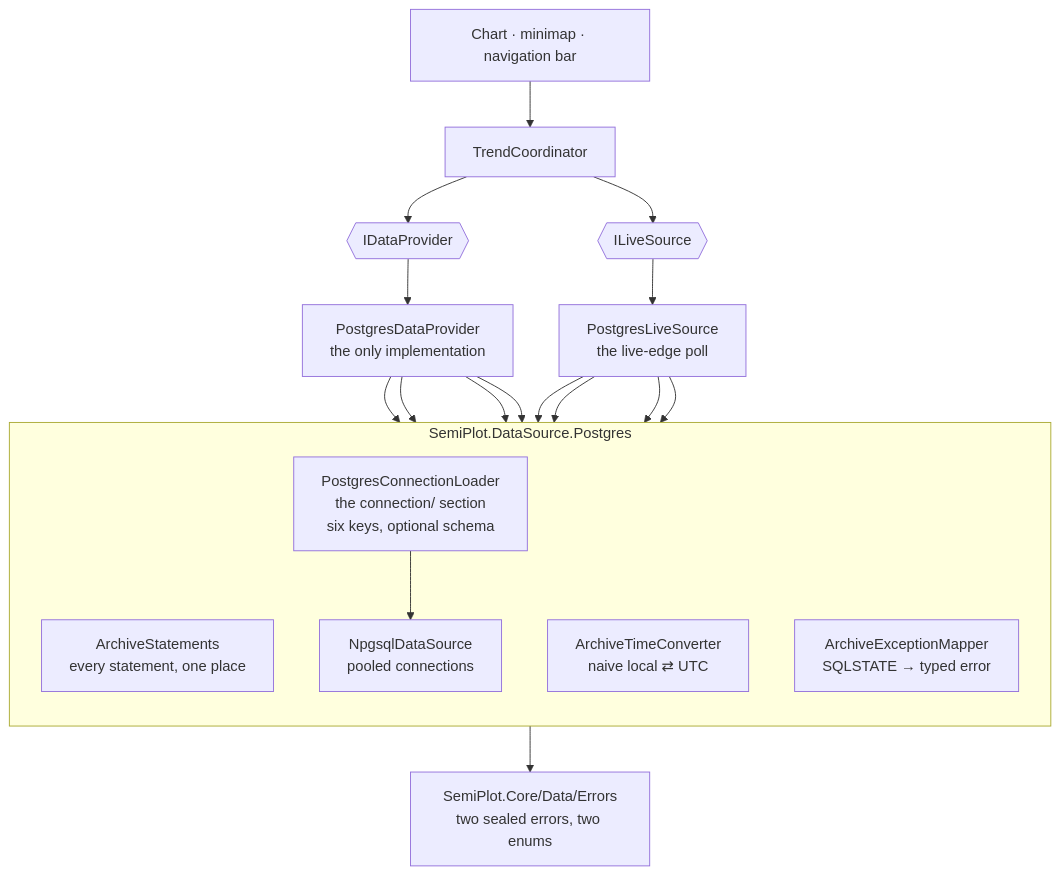
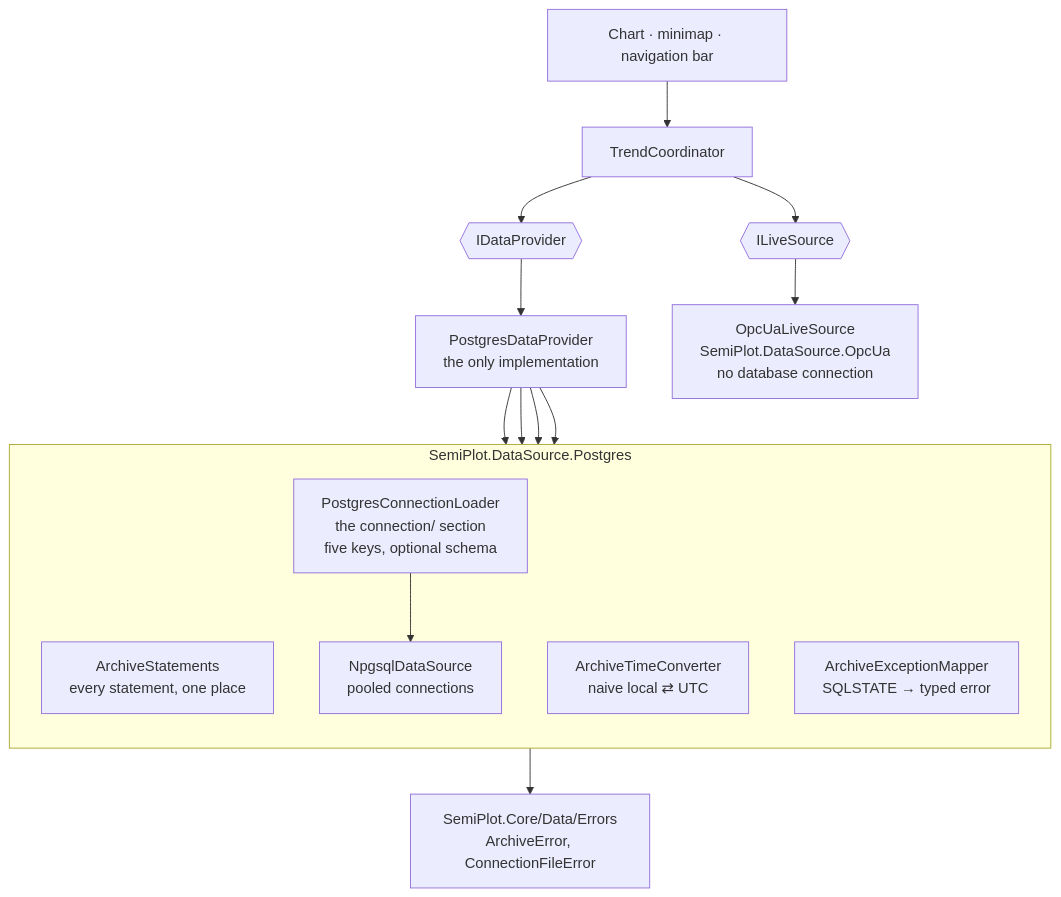
Before and after one commit to Semiteq/SemiPlot: the third of 5 diagrams in docs/architecture/postgres-topology.md, drawn with Mermaid. The commit also changed other lines of this file and 151 other files, not shown here.

First line of the commit message:
feat(opc): read the live edge from the SCADA's OPC UA (#145)

````diff
--- a/docs/architecture/postgres-topology.md
+++ b/docs/architecture/postgres-topology.md
@@ -102,35 +102,31 @@
 ```mermaid
 flowchart TB
     ui["Chart · minimap · navigation bar"]
     coord["TrendCoordinator"]
     iface{{"IDataProvider"}}
     pg["PostgresDataProvider<br/>the only implementation"]
     live{{"ILiveSource"}}
-    poll["PostgresLiveSource<br/>the live-edge poll"]
+    opc["OpcUaLiveSource<br/>SemiPlot.DataSource.OpcUa<br/>no database connection"]
 
     subgraph plumbing["SemiPlot.DataSource.Postgres"]
         direction TB
         stmts["ArchiveStatements<br/>every statement, one place"]
         ds["NpgsqlDataSource<br/>pooled connections"]
         conv["ArchiveTimeConverter<br/>naive local ⇄ UTC"]
         mapper["ArchiveExceptionMapper<br/>SQLSTATE → typed error"]
-        loader["PostgresConnectionLoader<br/>the connection/ section<br/>six keys, optional schema"]
+        loader["PostgresConnectionLoader<br/>the connection/ section<br/>five keys, optional schema"]
     end
 
-    errs["SemiPlot.Core/Data/Errors<br/>two sealed errors, two enums"]
+    errs["SemiPlot.Core/Data/Errors<br/>ArchiveError, ConnectionFileError"]
 
     ui --> coord --> iface
     coord --> live
     iface --> pg
-    live --> poll
+    live --> opc
     pg --> stmts
     pg --> ds
     pg --> conv
     pg --> mapper
-    poll --> stmts
-    poll --> ds
-    poll --> conv
-    poll --> mapper
     loader --> ds
     mapper --> errs
 ```
````
